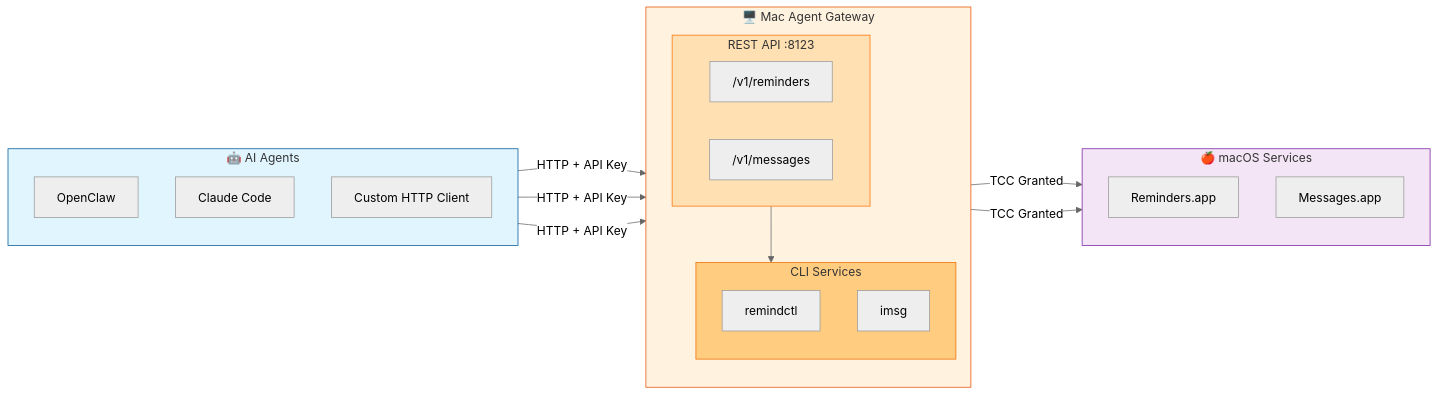
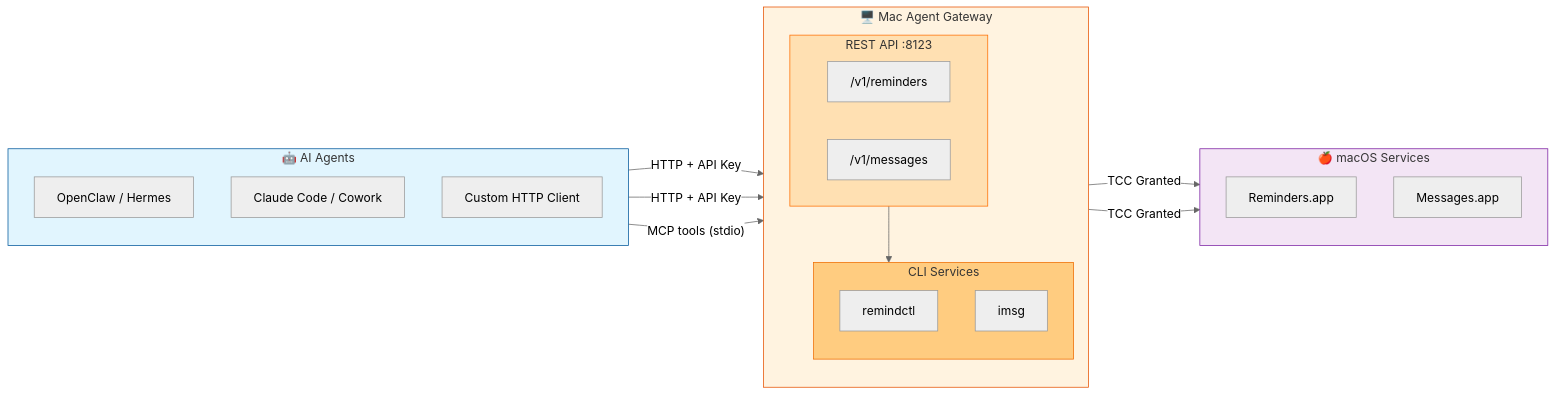
Before and after one commit to ericblue/mac-agent-gateway: the first of 3 diagrams in README.md, drawn with Mermaid (neutral theme). The commit also changed other lines of this file and 5 other files, not shown here.

````diff
--- a/README.md
+++ b/README.md
@@ -44,38 +44,39 @@
 ```mermaid
 flowchart LR
     subgraph Agents["🤖 AI Agents"]
         direction TB
-        A1["OpenClaw"]
-        A2["Claude Code"]
+        A1["OpenClaw / Hermes"]
+        A2["Claude Code / Cowork"]
         A3["Custom HTTP Client"]
     end
 
     subgraph Gateway["🖥️ Mac Agent Gateway"]
         direction TB
         subgraph API["REST API :8123"]
             R["/v1/reminders"]
             M["/v1/messages"]
         end
         subgraph Services["CLI Services"]
             RC["remindctl"]
             IM["imsg"]
         end
         API --> Services
     end
 
     subgraph Apple["🍎 macOS Services"]
         direction TB
         REM["Reminders.app"]
         MSG["Messages.app"]
     end
 
-    A1 & A2 & A3 -->|"HTTP + API Key"| API
+    A1 & A3 -->|"HTTP + API Key"| API
+    A2 -->|"MCP tools (stdio)"| API
     RC -->|"TCC Granted"| REM
     IM -->|"TCC Granted"| MSG
 
     style Agents fill:#e1f5fe,stroke:#01579b
     style Gateway fill:#fff3e0,stroke:#e65100
     style Apple fill:#f3e5f5,stroke:#7b1fa2
     style API fill:#ffe0b2,stroke:#ff6f00
     style Services fill:#ffcc80,stroke:#ef6c00
 ```
````
